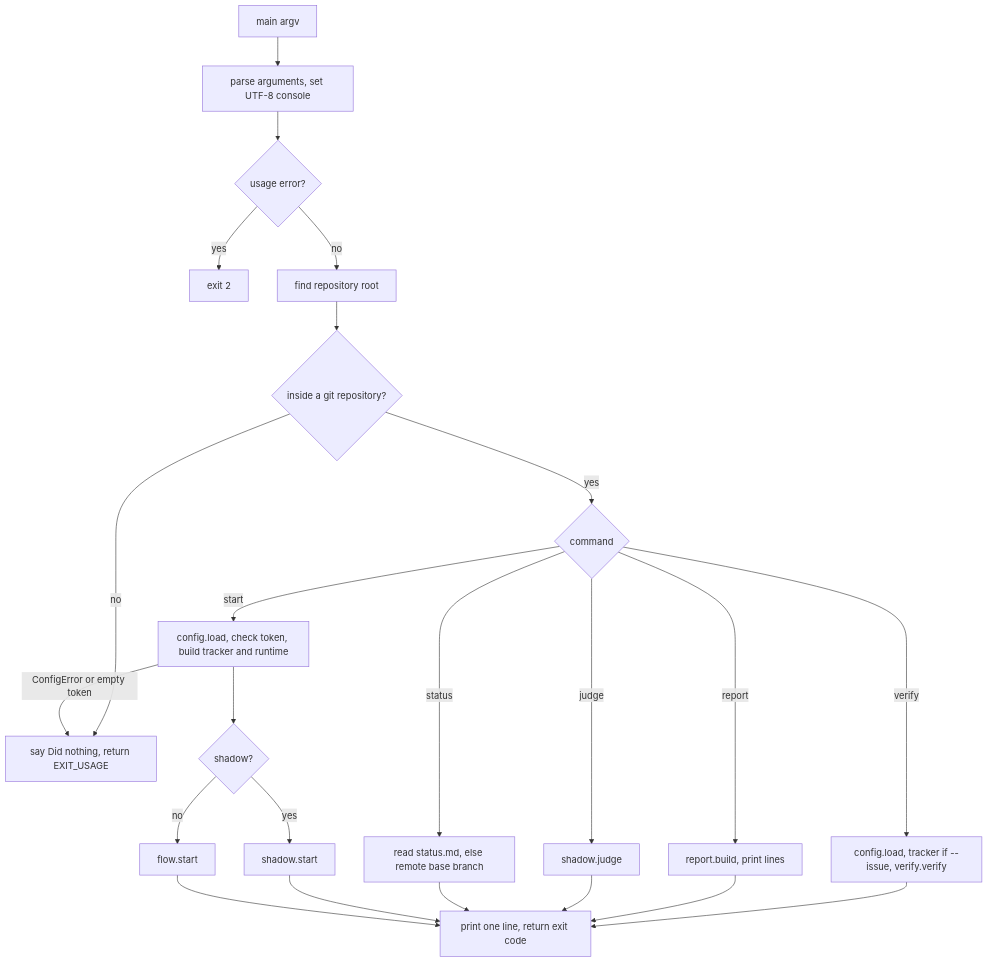
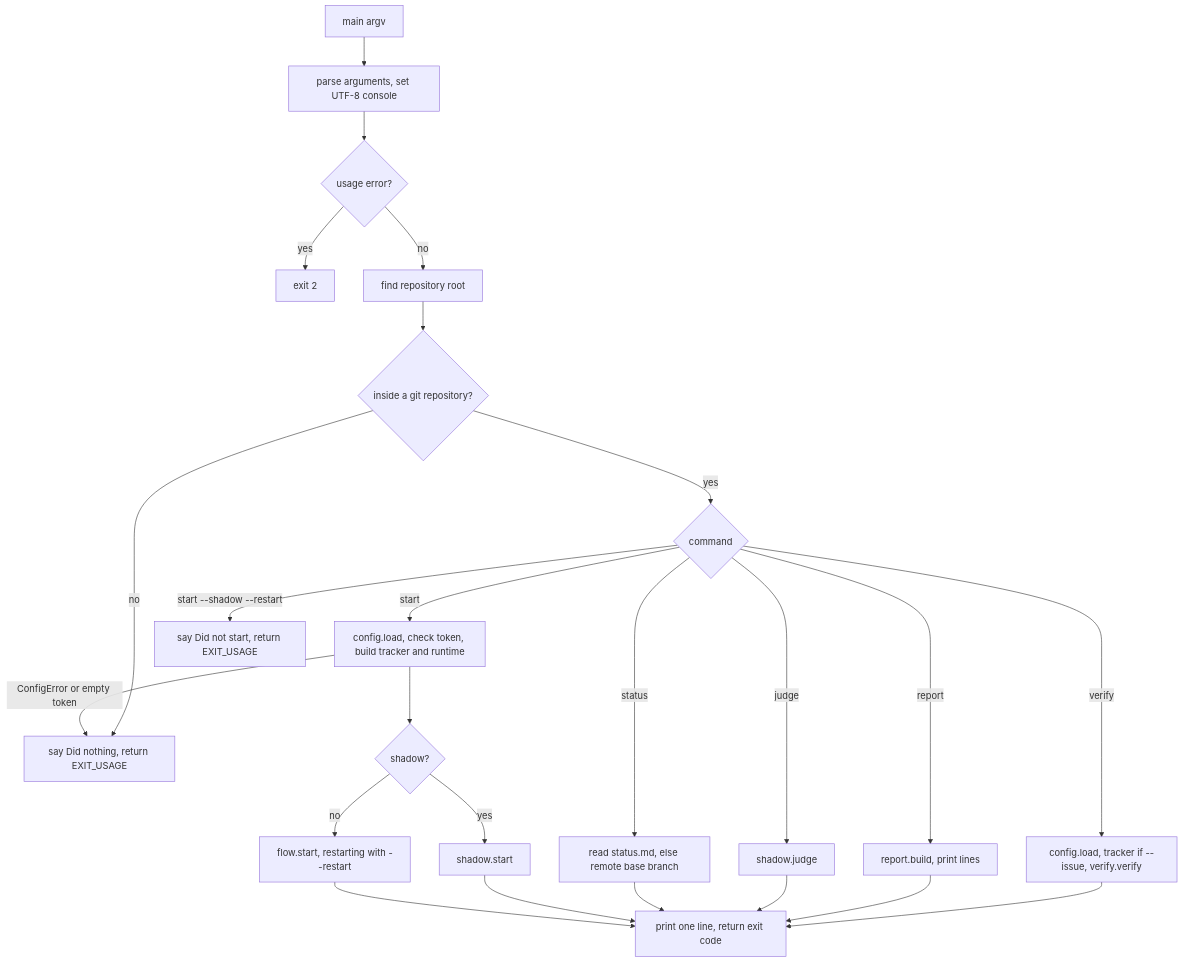
One commit to plaplanche/ariane changed the first of 3 diagrams in docs/architecture/modules/cli.md. Above: the diagram before and after it, drawn with Mermaid. The commit also changed other lines of this file and 27 other files, not shown here.

Commit message:
#140: Restart a stopped or interrupted ticket with `ariane start <n> --restart`, keeping the previous branch (C5, C23, C19)

````diff
--- a/docs/architecture/modules/cli.md
+++ b/docs/architecture/modules/cli.md
@@ -26,26 +26,27 @@
 ```mermaid
 flowchart TD
   A[main argv] --> B[parse arguments, set UTF-8 console]
   B --> C{usage error?}
   C -- yes --> X[exit 2]
   C -- no --> D[find repository root]
   D --> E{inside a git repository?}
   E -- no --> U[say Did nothing, return EXIT_USAGE]
   E -- yes --> F{command}
   F -- report --> R[report.build, print lines]
   F -- judge --> J[shadow.judge]
   F -- verify --> V[config.load, tracker if --issue, verify.verify]
   F -- status --> S[read status.md, else remote base branch]
   F -- start --> T[config.load, check token, build tracker and runtime]
+  F -- "start --shadow --restart" --> X2[say Did not start, return EXIT_USAGE]
   T --> G{shadow?}
   G -- yes --> H[shadow.start]
-  G -- no --> I[flow.start]
+  G -- no --> I[flow.start, restarting with --restart]
   V --> Z
   R --> Z
   J --> Z
   S --> Z
   H --> Z
   I --> Z
   Z[print one line, return exit code]
   T -- ConfigError or empty token --> U
 ```
````
